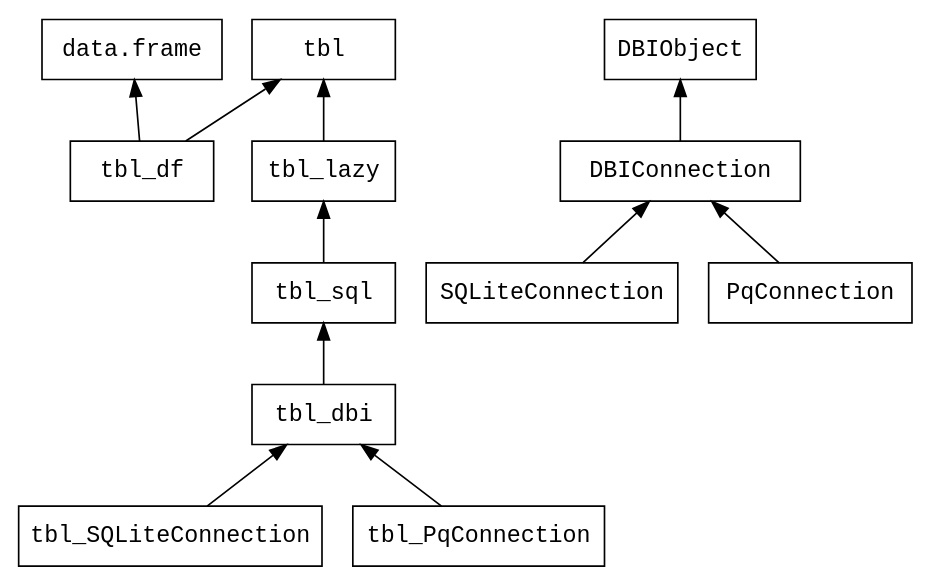
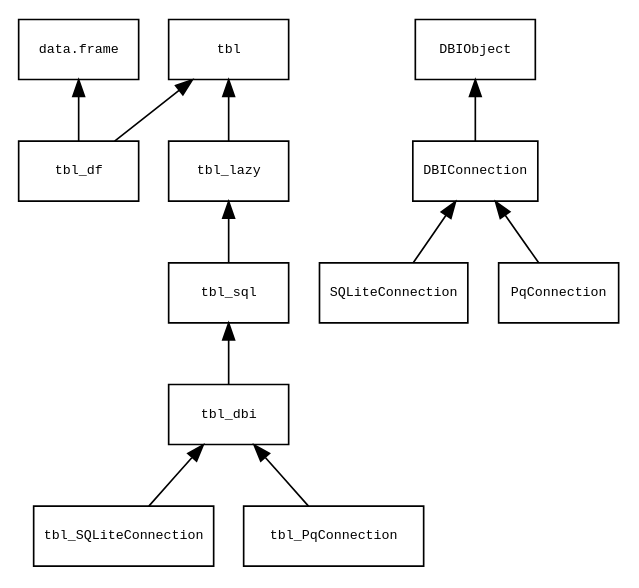
One commit to ramses-antibiotics/ramses-package changed the diagram in vignettes/ramses-objects/tbl-class-diagram.gv. Above: the diagram before and after it, drawn with Graphviz. The commit also changed 3 other files, not shown here.

Commit message:
leaner vignette (graphviz to svg)

```diff
--- a/vignettes/ramses-objects/tbl-class-diagram.gv
+++ b/vignettes/ramses-objects/tbl-class-diagram.gv
@@ -1,52 +1,51 @@
 digraph G {
-  fontsize = 10
 
   node [
           fontname = "monospace"
           shape = "record"
-          width = 1.2
+          width = 1
+          fontsize = 8
 
   ]
 
   edge [
           fontname = "sans-serif"
   ]
 
 dataframe [
   label="data.frame"
+  width = 1
+]
+
+tbl_SQLiteConnection [
   width = 1.5
 ]
 
-tbl_SQLiteConnection [
-  width=2.5
-]
-
 tbl_PqConnection [
-  width=2.1
+  width = 1.5
 ]
 
 DBIConnection [
-  width=2
 ]
 
 SQLiteConnection [
-  width=2.1
+  width = 1.2
 ]
 
 PqConnection [
-  width=1.7
+  width=1
 ]
 
 tbl -> tbl_lazy [dir=back]
 tbl_lazy -> tbl_sql [dir=back]
 tbl_sql -> tbl_dbi [dir=back]
 tbl_dbi -> tbl_SQLiteConnection [dir=back]
 tbl_dbi -> tbl_PqConnection [dir=back]
 tbl -> tbl_df [dir=back]
 dataframe -> tbl_df [dir=back]
 
 DBIObject -> DBIConnection [dir=back]
 DBIConnection -> SQLiteConnection [dir=back]
 DBIConnection -> PqConnection [dir=back]
 
 }
```
